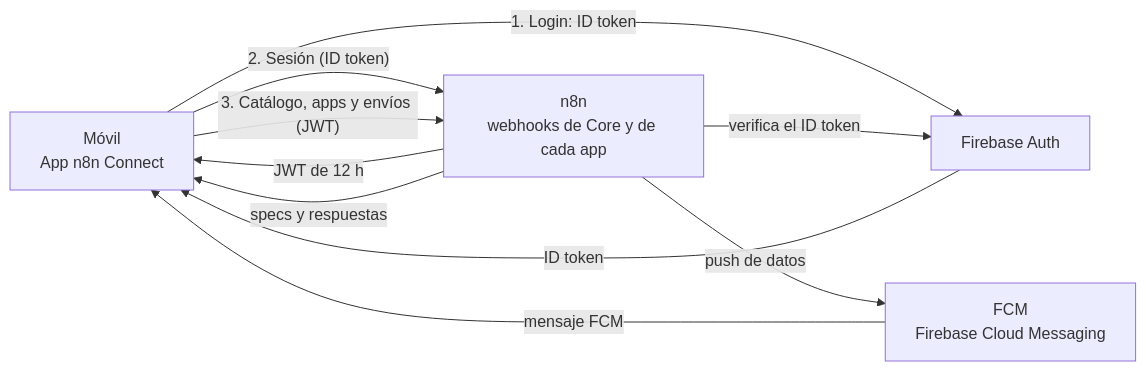
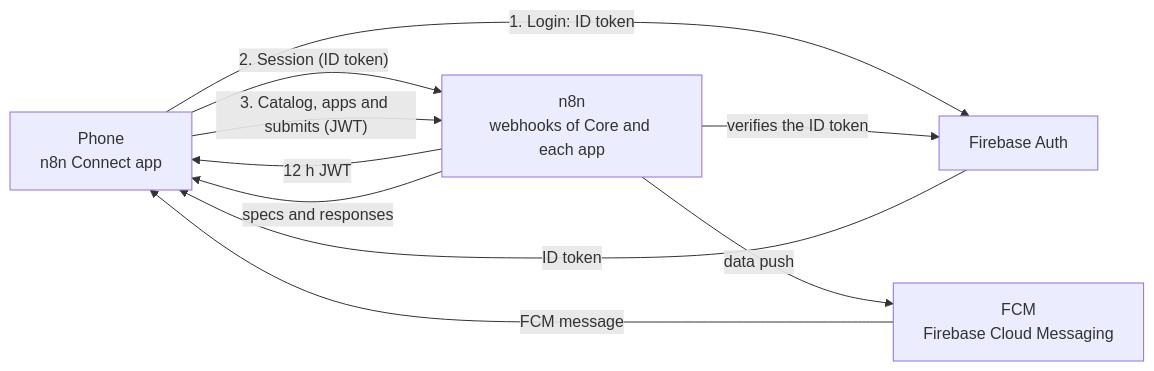
Before and after one commit to BiliBC034/n8n_connect: the diagram in README.md, drawn with Mermaid. The commit also changed other lines of this file and 38 other files, not shown here.

````diff
--- a/README.md
+++ b/README.md
@@ -50,17 +50,17 @@
 ```mermaid
 flowchart LR
-    M["Móvil<br/>App n8n Connect"]
+    M["Phone<br/>n8n Connect app"]
     FA["Firebase Auth"]
-    N["n8n<br/>webhooks de Core y de cada app"]
+    N["n8n<br/>webhooks of Core and each app"]
     F["FCM<br/>Firebase Cloud Messaging"]
 
     M -- "1. Login: ID token" --> FA
     FA -- "ID token" --> M
-    M -- "2. Sesión (ID token)" --> N
-    N -- "verifica el ID token" --> FA
-    N -- "JWT de 12 h" --> M
-    M -- "3. Catálogo, apps y envíos (JWT)" --> N
-    N -- "specs y respuestas" --> M
-    N -- "push de datos" --> F
-    F -- "mensaje FCM" --> M
+    M -- "2. Session (ID token)" --> N
+    N -- "verifies the ID token" --> FA
+    N -- "12 h JWT" --> M
+    M -- "3. Catalog, apps and submits (JWT)" --> N
+    N -- "specs and responses" --> M
+    N -- "data push" --> F
+    F -- "FCM message" --> M
 ```
````
